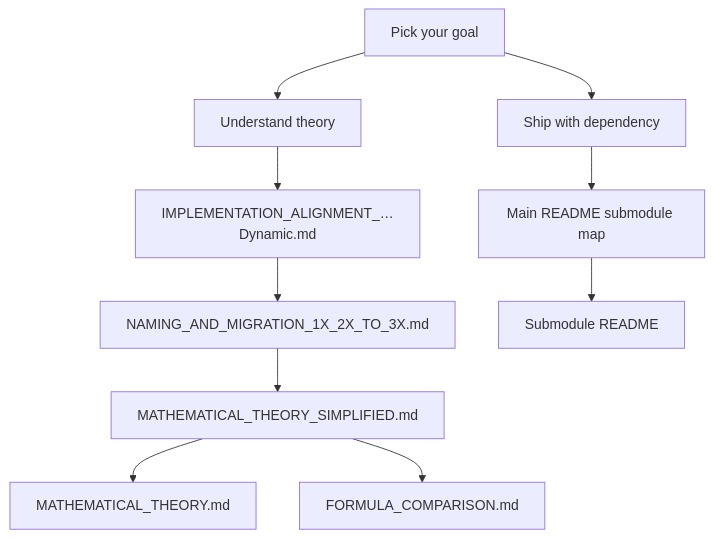
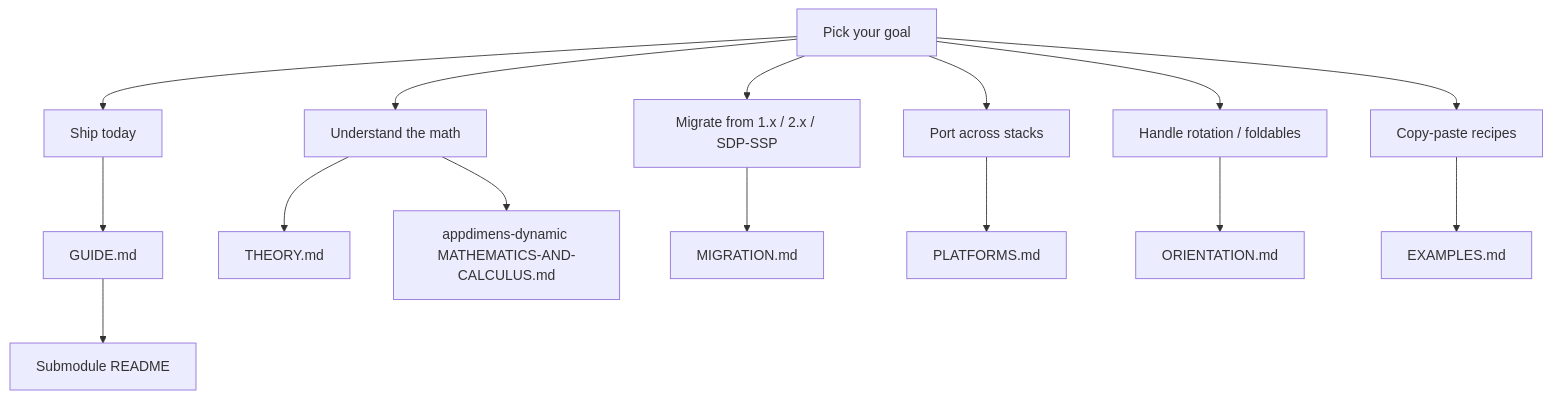
Before and after one commit to bodenberg/appdimens: the diagram in DOCS/README.md, drawn with Mermaid. The commit also changed other lines of this file and 22 other files, not shown here.

````diff
--- a/DOCS/README.md
+++ b/DOCS/README.md
@@ -31,13 +21,18 @@
 ```mermaid
 flowchart TD
     startGoal["Pick your goal"]
-    startGoal --> theoryPath["Understand theory"]
-    startGoal --> shipPath["Ship with dependency"]
-    theoryPath --> alignDoc["IMPLEMENTATION_ALIGNMENT_…Dynamic.md"]
-    alignDoc --> migDoc["NAMING_AND_MIGRATION_1X_2X_TO_3X.md"]
-    migDoc --> simplifiedDoc["MATHEMATICAL_THEORY_SIMPLIFIED.md"]
-    simplifiedDoc --> fullDoc["MATHEMATICAL_THEORY.md"]
-    simplifiedDoc --> compareDoc["FORMULA_COMPARISON.md"]
-    shipPath --> hubReadme["Main README submodule map"]
-    hubReadme --> subReadme["Submodule README"]
+    startGoal --> shipPath["Ship today"]
+    startGoal --> theoryPath["Understand the math"]
+    startGoal --> migratePath["Migrate from 1.x / 2.x / SDP-SSP"]
+    startGoal --> portPath["Port across stacks"]
+    startGoal --> rotatePath["Handle rotation / foldables"]
+    startGoal --> recipePath["Copy-paste recipes"]
+    shipPath --> guideDoc["GUIDE.md"]
+    guideDoc --> submoduleA["Submodule README"]
+    theoryPath --> theoryDoc["THEORY.md"]
+    theoryPath --> mathDoc["appdimens-dynamic MATHEMATICS-AND-CALCULUS.md"]
+    migratePath --> migDoc["MIGRATION.md"]
+    portPath --> platDoc["PLATFORMS.md"]
+    rotatePath --> orientDoc["ORIENTATION.md"]
+    recipePath --> exDoc["EXAMPLES.md"]
 ```
````
